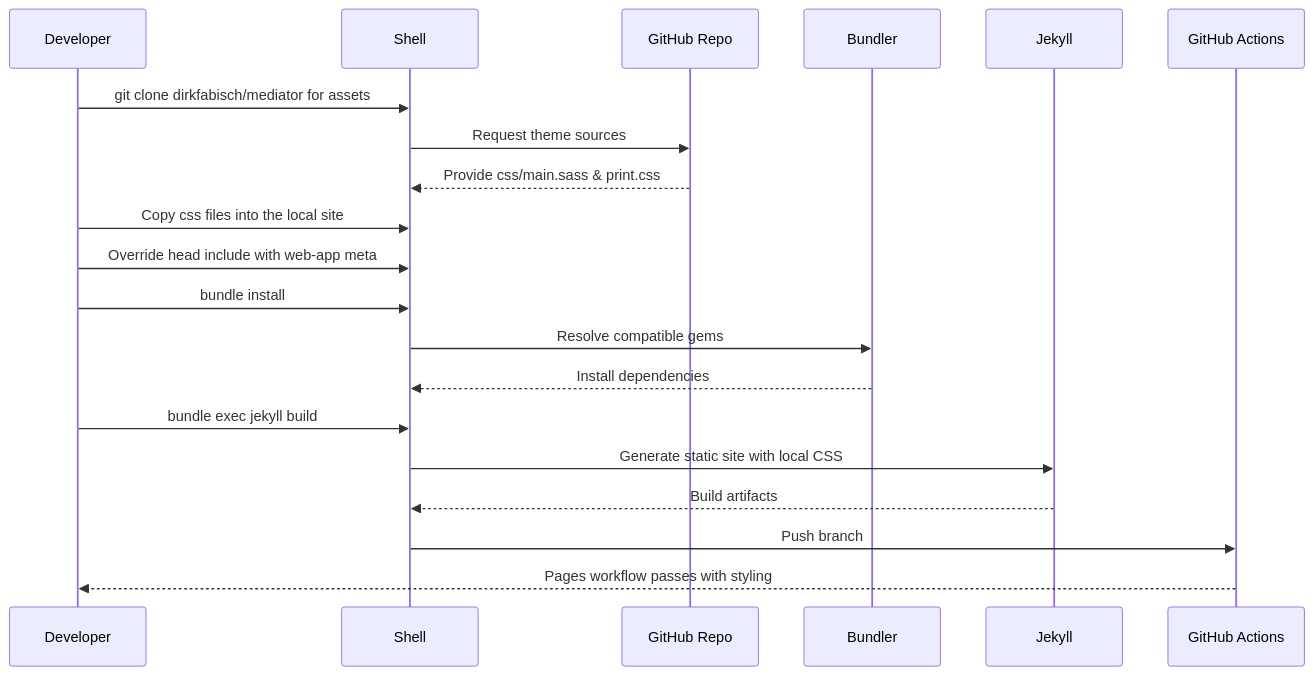
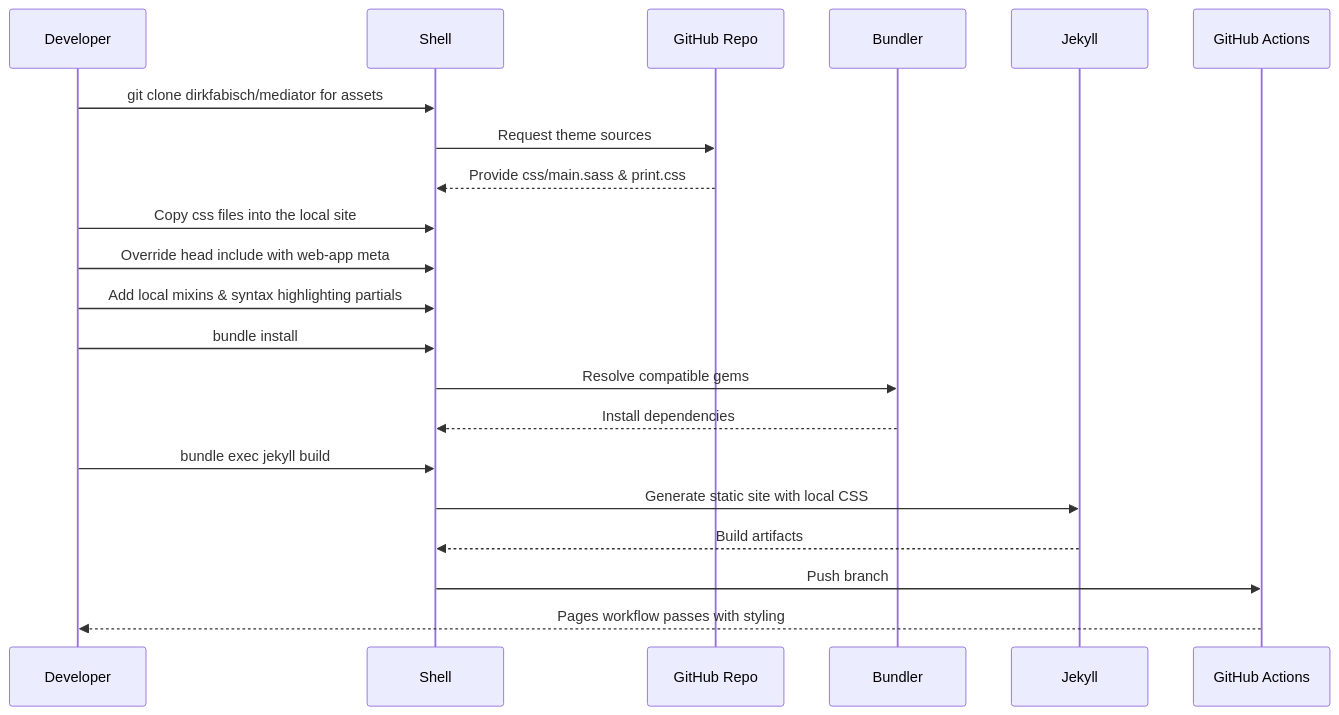
Before and after one commit to muyueh/Jekyll: the third of 6 diagrams in README.md, drawn with Mermaid. The commit also changed other lines of this file and 2 other files, not shown here.

Commit message:
Patch Sass dependencies for local build

````diff
--- a/README.md
+++ b/README.md
@@ -33,23 +37,24 @@
 ```mermaid
 sequenceDiagram
     participant Dev as Developer
     participant Shell
     participant GitHub as GitHub Repo
     participant Bundler
     participant Jekyll
     participant Actions as GitHub Actions
 
     Dev->>Shell: git clone dirkfabisch/mediator for assets
     Shell->>GitHub: Request theme sources
     GitHub-->>Shell: Provide css/main.sass & print.css
     Dev->>Shell: Copy css files into the local site
     Dev->>Shell: Override head include with web-app meta
+    Dev->>Shell: Add local mixins & syntax highlighting partials
     Dev->>Shell: bundle install
     Shell->>Bundler: Resolve compatible gems
     Bundler-->>Shell: Install dependencies
     Dev->>Shell: bundle exec jekyll build
     Shell->>Jekyll: Generate static site with local CSS
     Jekyll-->>Shell: Build artifacts
     Shell->>Actions: Push branch
     Actions-->>Dev: Pages workflow passes with styling
 ```
````
